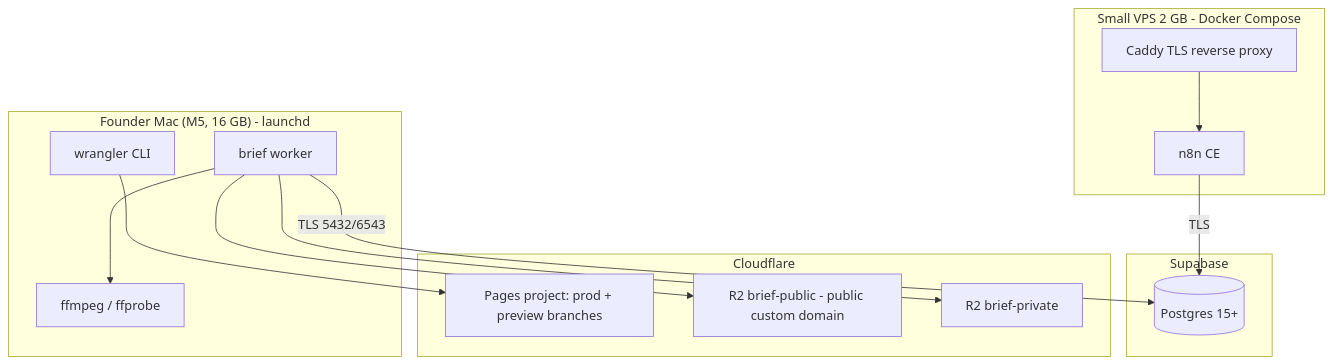
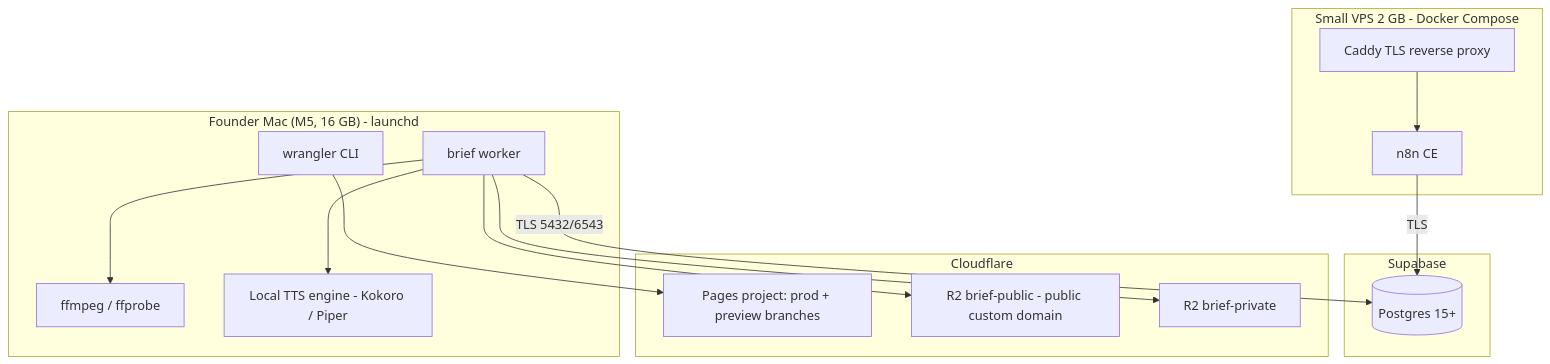
Before and after one commit to Akash265/Insta-Automation: the fifth of 5 diagrams in docs/SYSTEM_ARCHITECTURE.md, drawn with Mermaid. The commit also changed other lines of this file and 12 other files, not shown here.

````diff
--- a/docs/SYSTEM_ARCHITECTURE.md
+++ b/docs/SYSTEM_ARCHITECTURE.md
@@ -221,27 +224,29 @@
 ```mermaid
 flowchart TB
   subgraph Mac["Founder Mac (M5, 16 GB) - launchd"]
     WK[brief worker]
     FF[ffmpeg / ffprobe]
     WR[wrangler CLI]
+    TTSL[Local TTS engine - Kokoro / Piper]
   end
   subgraph VPS["Small VPS 2 GB - Docker Compose"]
     N8[n8n CE]
     CAD[Caddy TLS reverse proxy]
   end
   subgraph Supabase
     PG[(Postgres 15+)]
   end
   subgraph Cloudflare
     PAGES[Pages project: prod + preview branches]
     R2PUB[R2 brief-public - public custom domain]
     R2PRIV[R2 brief-private]
   end
   WK -- TLS 5432/6543 --> PG
   N8 -- TLS --> PG
   CAD --> N8
   WK --> R2PUB
   WK --> R2PRIV
   WR --> PAGES
   WK --> FF
+  WK --> TTSL
 ```
````
